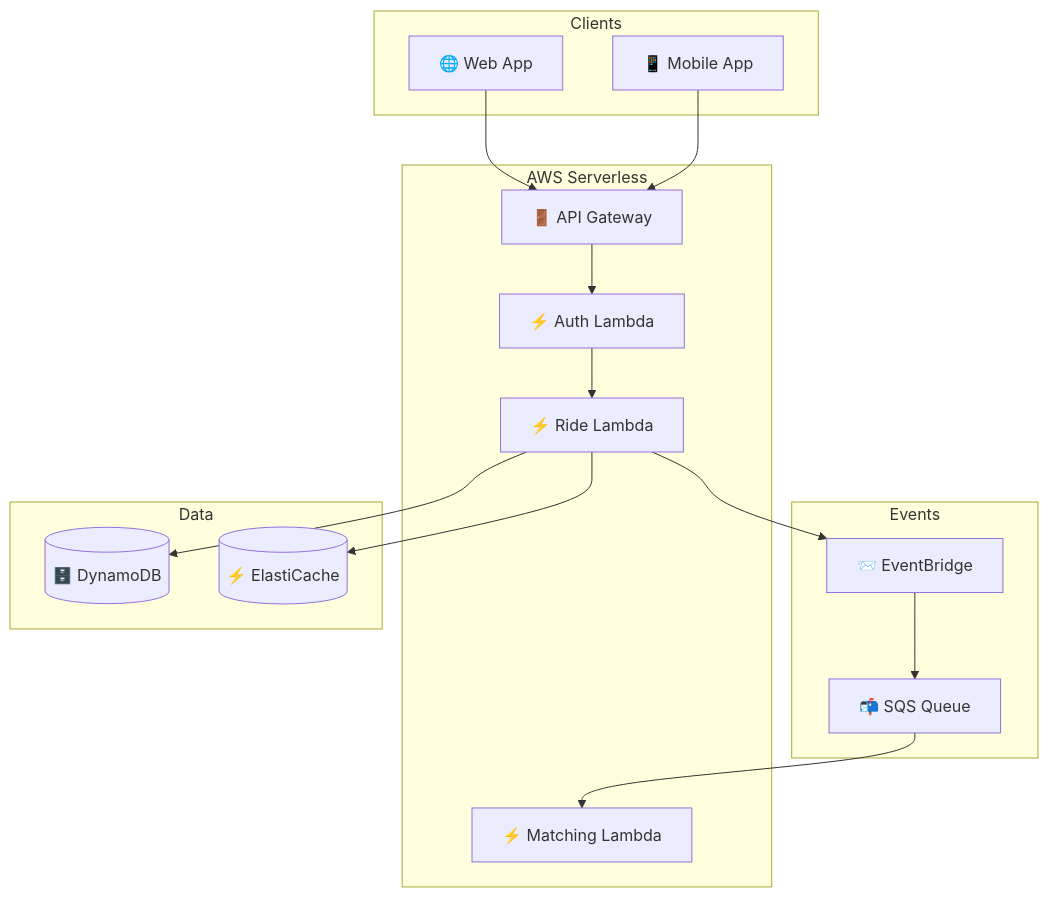
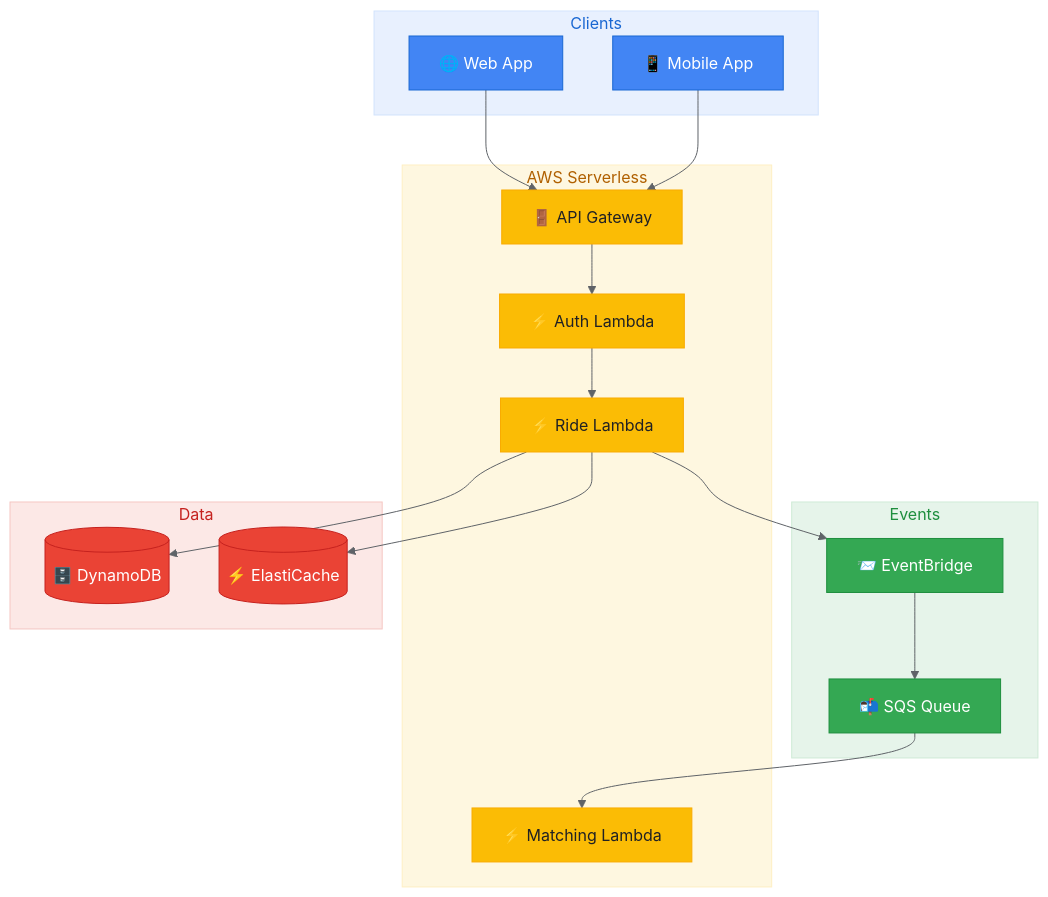
One commit to techyvenki/techie-venki-hub changed the sixth of 7 diagrams in docs/_posts/2025-01-31-mastra-ai-framework.md. Above: the diagram before and after it, drawn with Mermaid. The commit also changed other lines of this file, not shown here.

````diff
--- a/docs/_posts/2025-01-31-mastra-ai-framework.md
+++ b/docs/_posts/2025-01-31-mastra-ai-framework.md
@@ -690,31 +690,47 @@
 ```mermaid
+%%{init: {'theme': 'base', 'themeVariables': { 'primaryColor': '#4285F4', 'primaryTextColor': '#fff', 'lineColor': '#5F6368'}}}%%
 graph TB
-    subgraph "Clients"
+    subgraph clients["Clients"]
         Mobile[📱 Mobile App]
         Web[🌐 Web App]
     end
     
-    subgraph "AWS Serverless"
+    subgraph serverless["AWS Serverless"]
         API[🚪 API Gateway]
         Auth[⚡ Auth Lambda]
         Ride[⚡ Ride Lambda]
         Match[⚡ Matching Lambda]
     end
     
-    subgraph "Events"
+    subgraph events["Events"]
         EB[📨 EventBridge]
         SQS[📬 SQS Queue]
     end
     
-    subgraph "Data"
+    subgraph data["Data"]
         DDB[(🗄️ DynamoDB)]
         Redis[(⚡ ElastiCache)]
     end
     
     Mobile --> API
     Web --> API
     API --> Auth --> Ride
     Ride --> EB --> SQS --> Match
     Ride --> DDB
     Ride --> Redis
+
+    style clients fill:#E8F0FE,stroke:#D2E3FC,color:#1967D2
+    style serverless fill:#FEF7E0,stroke:#FEEFC3,color:#B06000
+    style events fill:#E6F4EA,stroke:#CEEAD6,color:#1E8E3E
+    style data fill:#FCE8E6,stroke:#F5C6C2,color:#C5221F
+    style Mobile fill:#4285F4,stroke:#1967D2,color:#fff
+    style Web fill:#4285F4,stroke:#1967D2,color:#fff
+    style API fill:#FBBC05,stroke:#F9AB00,color:#202124
+    style Auth fill:#FBBC05,stroke:#F9AB00,color:#202124
+    style Ride fill:#FBBC05,stroke:#F9AB00,color:#202124
+    style Match fill:#FBBC05,stroke:#F9AB00,color:#202124
+    style EB fill:#34A853,stroke:#1E8E3E,color:#fff
+    style SQS fill:#34A853,stroke:#1E8E3E,color:#fff
+    style DDB fill:#EA4335,stroke:#C5221F,color:#fff
+    style Redis fill:#EA4335,stroke:#C5221F,color:#fff
 ```
````
